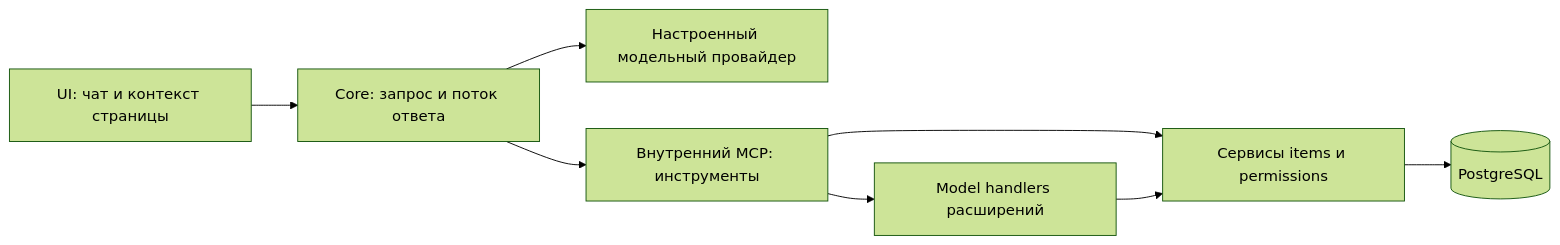
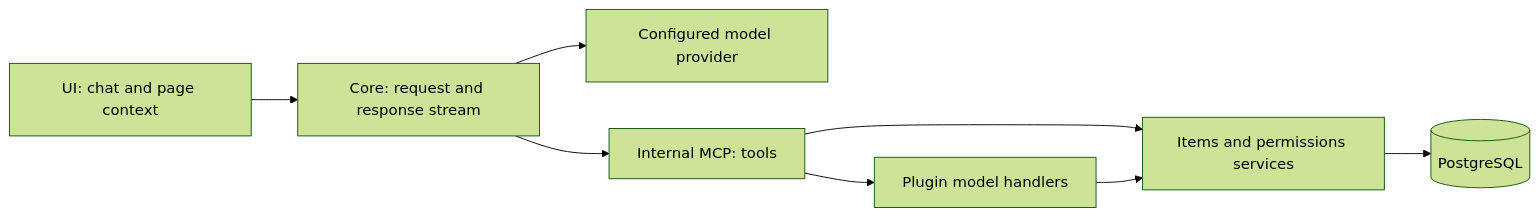
One commit to Asmblyr/Collaborative changed the diagram in docs/development/assistant-architecture.md. Above: the diagram before and after it, drawn with Mermaid (forest theme). The commit also changed other lines of this file and 147 other files, not shown here.

````diff
--- a/docs/development/assistant-architecture.md
+++ b/docs/development/assistant-architecture.md
@@ -7,10 +9,10 @@
 ```mermaid
 flowchart LR
-  UI[UI: чат и контекст страницы] --> Core[Core: запрос и поток ответа]
-  Core --> Provider[Настроенный модельный провайдер]
-  Core --> MCP[Внутренний MCP: инструменты]
-  MCP --> Items[Сервисы items и permissions]
-  MCP --> Model[Model handlers расширений]
+  UI[UI: chat and page context] --> Core[Core: request and response stream]
+  Core --> Provider[Configured model provider]
+  Core --> MCP[Internal MCP: tools]
+  MCP --> Items[Items and permissions services]
+  MCP --> Model[Plugin model handlers]
   Model --> Items
   Items --> DB[(PostgreSQL)]
 ```
````
